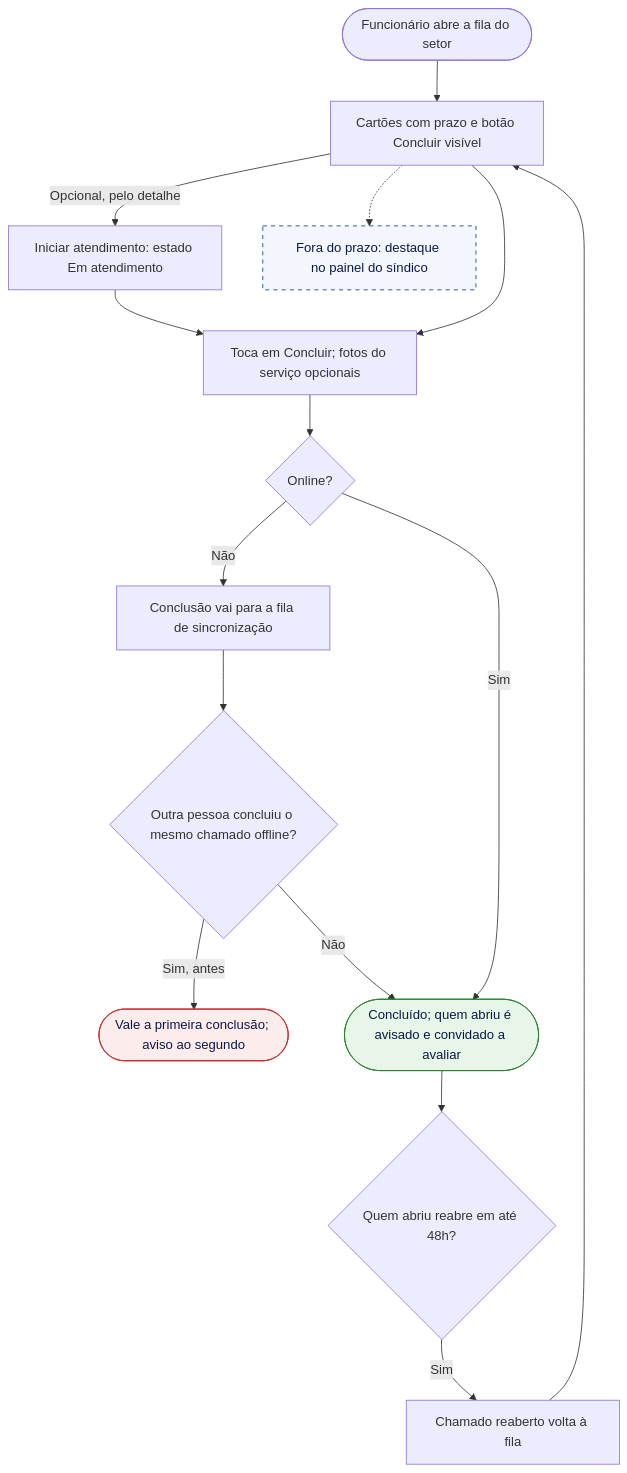
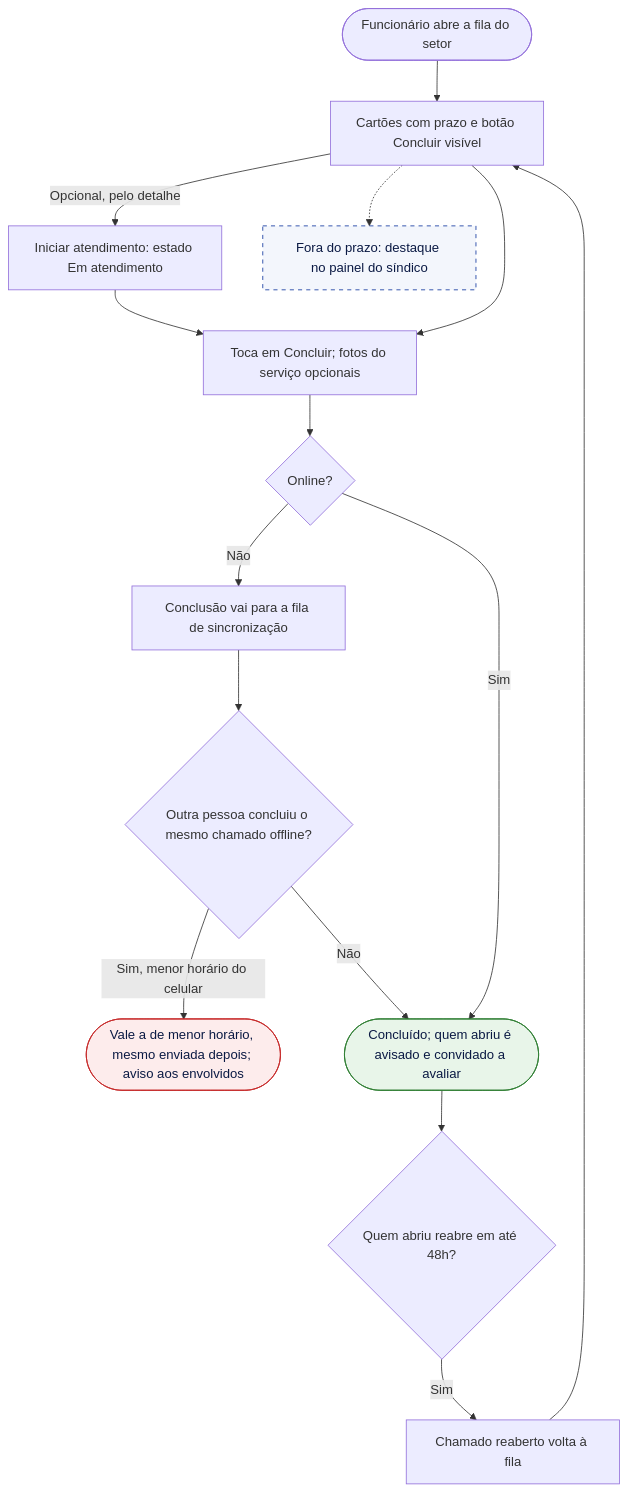
Before and after one commit to pedrolems/CondomiFacil: diagram 18 of 31 in docs/02-design/02-user-flows.md, drawn with Mermaid. The commit also changed other lines of this file and 16 other files, not shown here.

````diff
--- a/docs/02-design/02-user-flows.md
+++ b/docs/02-design/02-user-flows.md
@@ -784,24 +793,24 @@
 ```mermaid
 flowchart TD
     A(["Funcionário abre a fila do setor"]) --> B["Cartões com prazo e botão Concluir visível"]
     B -->|"Opcional, pelo detalhe"| B1["Iniciar atendimento: estado Em atendimento"]
     B1 --> C
     B --> C["Toca em Concluir; fotos do serviço opcionais"]
     C --> D{"Online?"}
     D -->|"Não"| E["Conclusão vai para a fila de sincronização"]
     E --> F{"Outra pessoa concluiu o mesmo chamado offline?"}
-    F -->|"Sim, antes"| E1(["Vale a primeira conclusão; aviso ao segundo"])
+    F -->|"Sim, menor horário do celular"| E1(["Vale a de menor horário, mesmo enviada depois; aviso aos envolvidos"])
     F -->|"Não"| Z1
     D -->|"Sim"| Z1(["Concluído; quem abriu é avisado e convidado a avaliar"])
     Z1 --> G{"Quem abriu reabre em até 48h?"}
     G -->|"Sim"| H["Chamado reaberto volta à fila"]
     H --> B
     S1["Fora do prazo: destaque no painel do síndico"]
     B -.-> S1
     classDef ok fill:#E8F5E9,stroke:#2E7D32,color:#0B1A44
     classDef erro fill:#FDECEC,stroke:#C62828,color:#0B1A44
     classDef sis fill:#F3F6FC,stroke:#0E359D,stroke-dasharray:5 5,color:#0B1A44
     class Z1 ok
     class E1 erro
     class S1 sis
 ```
````
